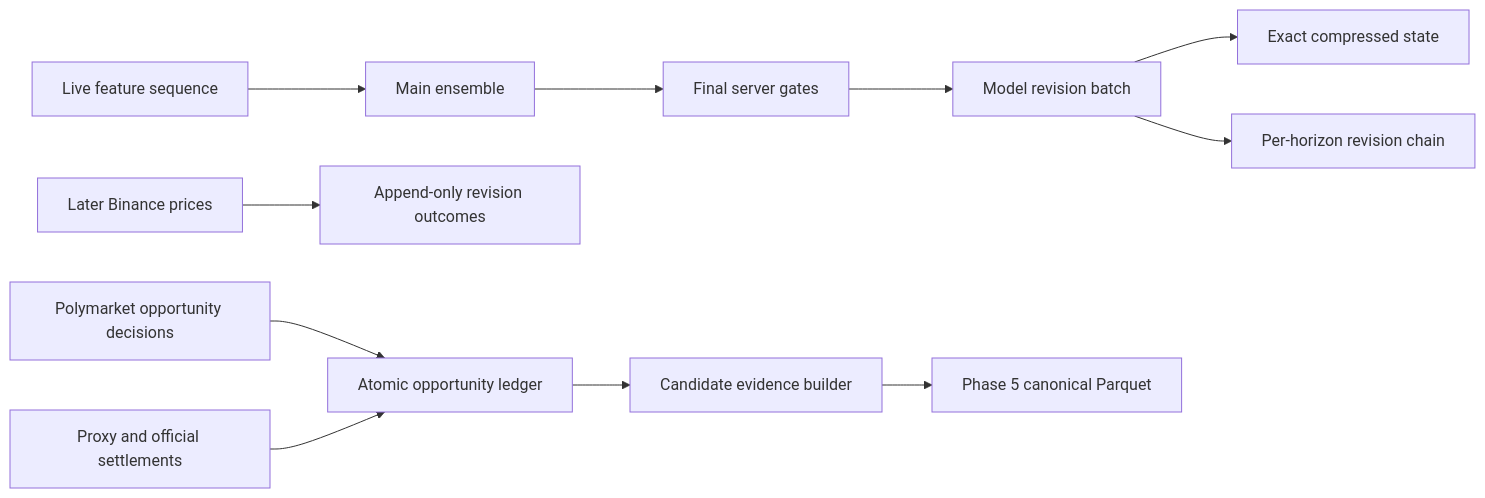
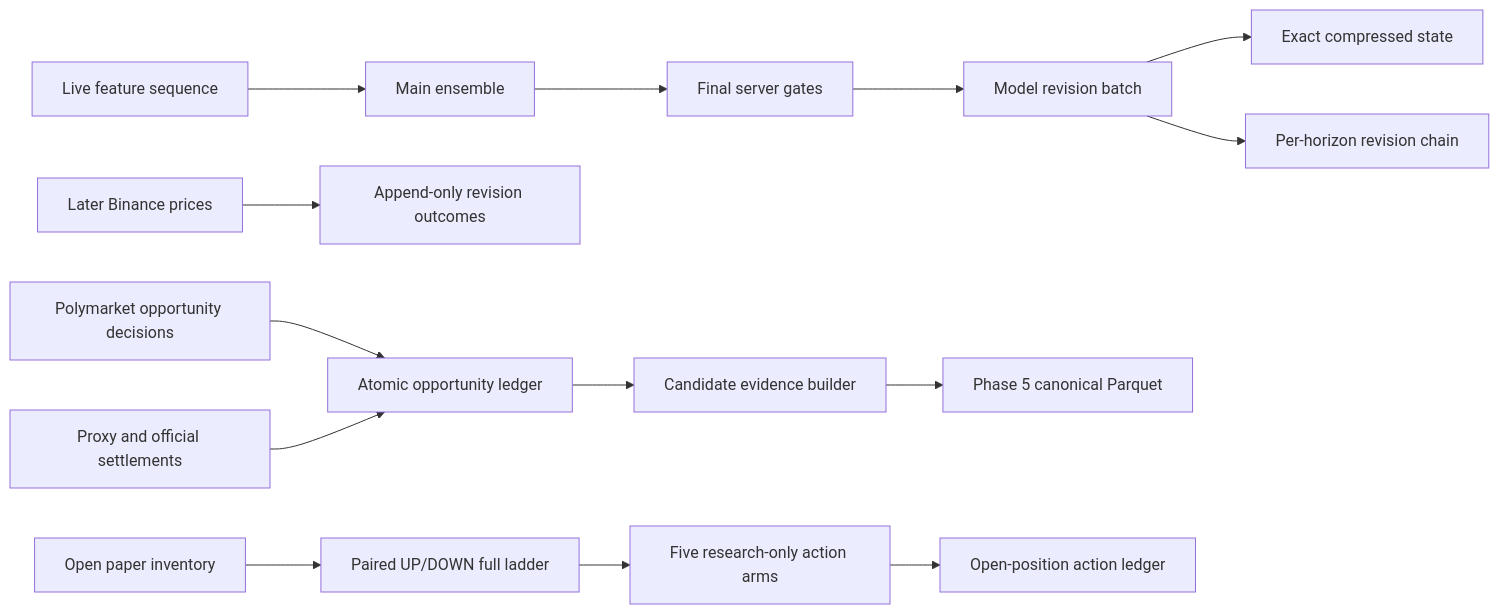
The diagram in docs/active/PHASE5_EVIDENCE_SUBSTRATE_2026-08-02.md (1rahulvijay/BTC-Prediction-Tool), drawn with Mermaid before and after one commit. The commit also changed other lines of this file and 8 other files, not shown here.

````diff
--- a/docs/active/PHASE5_EVIDENCE_SUBSTRATE_2026-08-02.md
+++ b/docs/active/PHASE5_EVIDENCE_SUBSTRATE_2026-08-02.md
@@ -128,13 +167,16 @@
 ```mermaid
 flowchart LR
   A["Live feature sequence"] --> B["Main ensemble"]
   B --> C["Final server gates"]
   C --> D["Model revision batch"]
   D --> E["Exact compressed state"]
   D --> F["Per-horizon revision chain"]
   G["Later Binance prices"] --> H["Append-only revision outcomes"]
   I["Polymarket opportunity decisions"] --> J["Atomic opportunity ledger"]
   K["Proxy and official settlements"] --> J
   J --> L["Candidate evidence builder"]
   L --> M["Phase 5 canonical Parquet"]
+  N["Open paper inventory"] --> O["Paired UP/DOWN full ladder"]
+  O --> P["Five research-only action arms"]
+  P --> Q["Open-position action ledger"]
 ```
````
